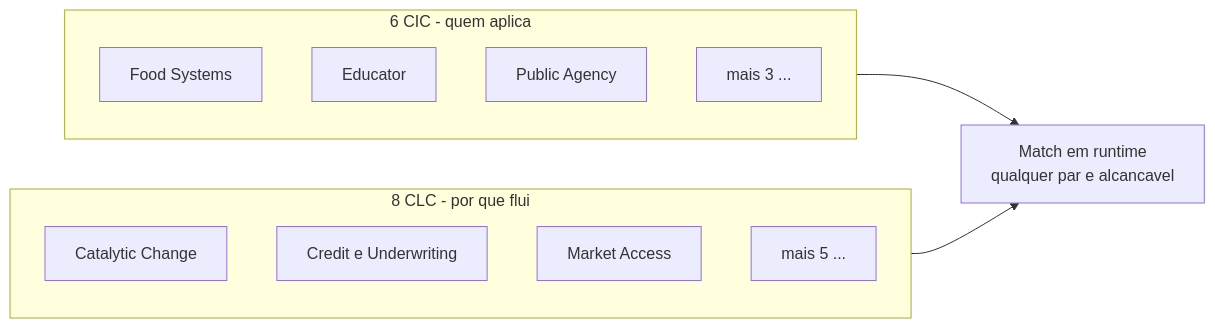
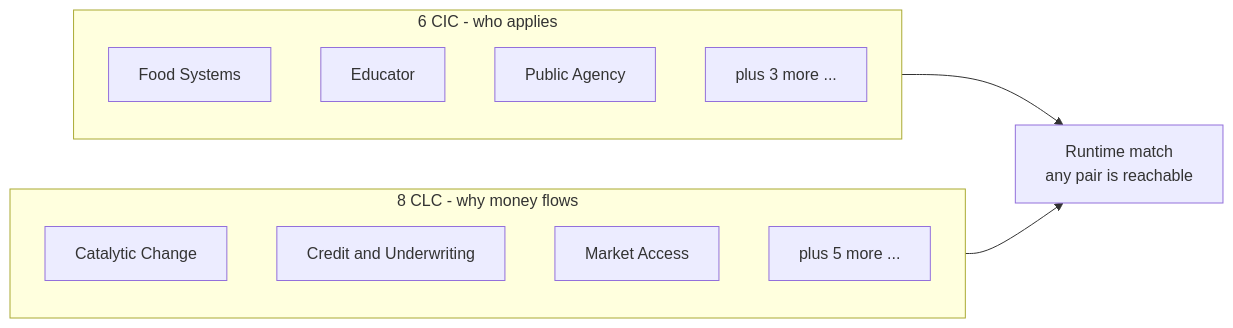
Before and after one commit to cyberAlchemyAI/domainspec-core: the third of 6 diagrams in projects/goldenquill/victor/discovery.md, drawn with Mermaid. The commit also changed other lines of this file, not shown here.

````diff
--- a/projects/goldenquill/victor/discovery.md
+++ b/projects/goldenquill/victor/discovery.md
@@ -160,17 +161,17 @@
 ```mermaid
 flowchart LR
-  subgraph CICs[6 CIC - quem aplica]
+  subgraph CICs[6 CIC - who applies]
     A1[Food Systems]
     A2[Educator]
     A3[Public Agency]
-    A4[mais 3 ...]
+    A4[plus 3 more ...]
   end
-  subgraph CLCs[8 CLC - por que flui]
+  subgraph CLCs[8 CLC - why money flows]
     B1[Catalytic Change]
-    B2[Credit e Underwriting]
+    B2[Credit and Underwriting]
     B3[Market Access]
-    B4[mais 5 ...]
+    B4[plus 5 more ...]
   end
-  CICs --> R[Match em runtime<br/>qualquer par e alcancavel]
+  CICs --> R[Runtime match<br/>any pair is reachable]
   CLCs --> R
 ```
````
